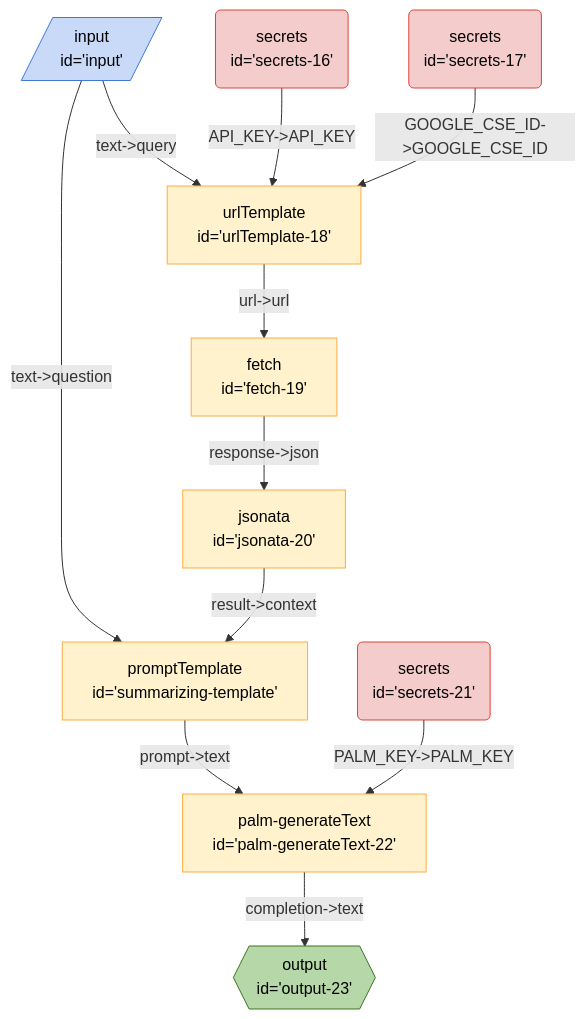
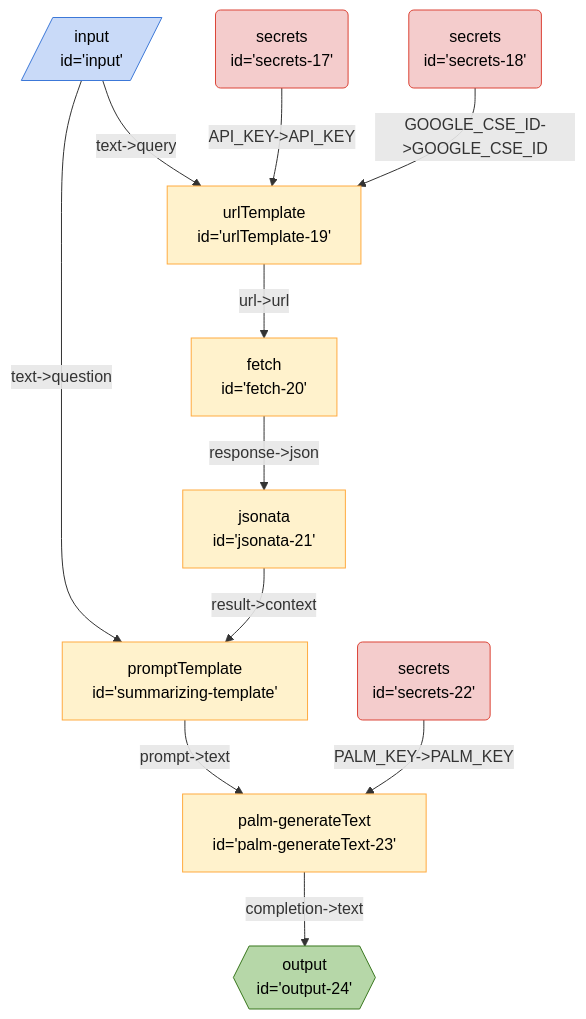
One commit to breadboard-ai/breadboard changed the diagram in seeds/breadboard-web/docs/graphs/new/search-summarize.md. Above: the diagram before and after it, drawn with Mermaid. The commit also changed 5 other files, not shown here.

````diff
--- a/seeds/breadboard-web/docs/graphs/new/search-summarize.md
+++ b/seeds/breadboard-web/docs/graphs/new/search-summarize.md
@@ -3,22 +3,22 @@
 ```mermaid
 %%{init: 'themeVariables': { 'fontFamily': 'Fira Code, monospace' }}%%
 graph TD;
-palmgenerateText22["palm-generateText <br> id='palm-generateText-22'"] -- "completion->text" --> output23{{"output <br> id='output-23'"}}:::output
-summarizingtemplate["promptTemplate <br> id='summarizing-template'"] -- "prompt->text" --> palmgenerateText22["palm-generateText <br> id='palm-generateText-22'"]
-secrets21("secrets <br> id='secrets-21'"):::secrets -- "PALM_KEY->PALM_KEY" --> palmgenerateText22["palm-generateText <br> id='palm-generateText-22'"]
-input[/"input <br> id='input'"/]:::input -- "text->query" --> urlTemplate18["urlTemplate <br> id='urlTemplate-18'"]
+palmgenerateText23["palm-generateText <br> id='palm-generateText-23'"] -- "completion->text" --> output24{{"output <br> id='output-24'"}}:::output
+summarizingtemplate["promptTemplate <br> id='summarizing-template'"] -- "prompt->text" --> palmgenerateText23["palm-generateText <br> id='palm-generateText-23'"]
+secrets22("secrets <br> id='secrets-22'"):::secrets -- "PALM_KEY->PALM_KEY" --> palmgenerateText23["palm-generateText <br> id='palm-generateText-23'"]
+input[/"input <br> id='input'"/]:::input -- "text->query" --> urlTemplate19["urlTemplate <br> id='urlTemplate-19'"]
 input[/"input <br> id='input'"/]:::input -- "text->question" --> summarizingtemplate["promptTemplate <br> id='summarizing-template'"]
-jsonata20["jsonata <br> id='jsonata-20'"] -- "result->context" --> summarizingtemplate["promptTemplate <br> id='summarizing-template'"]
-urlTemplate18["urlTemplate <br> id='urlTemplate-18'"] -- "url->url" --> fetch19["fetch <br> id='fetch-19'"]
-fetch19["fetch <br> id='fetch-19'"] -- "response->json" --> jsonata20["jsonata <br> id='jsonata-20'"]
-secrets16("secrets <br> id='secrets-16'"):::secrets -- "API_KEY->API_KEY" --> urlTemplate18["urlTemplate <br> id='urlTemplate-18'"]
-secrets17("secrets <br> id='secrets-17'"):::secrets -- "GOOGLE_CSE_ID->GOOGLE_CSE_ID" --> urlTemplate18["urlTemplate <br> id='urlTemplate-18'"]
+jsonata21["jsonata <br> id='jsonata-21'"] -- "result->context" --> summarizingtemplate["promptTemplate <br> id='summarizing-template'"]
+urlTemplate19["urlTemplate <br> id='urlTemplate-19'"] -- "url->url" --> fetch20["fetch <br> id='fetch-20'"]
+fetch20["fetch <br> id='fetch-20'"] -- "response->json" --> jsonata21["jsonata <br> id='jsonata-21'"]
+secrets17("secrets <br> id='secrets-17'"):::secrets -- "API_KEY->API_KEY" --> urlTemplate19["urlTemplate <br> id='urlTemplate-19'"]
+secrets18("secrets <br> id='secrets-18'"):::secrets -- "GOOGLE_CSE_ID->GOOGLE_CSE_ID" --> urlTemplate19["urlTemplate <br> id='urlTemplate-19'"]
 classDef default stroke:#ffab40,fill:#fff2ccff,color:#000
 classDef input stroke:#3c78d8,fill:#c9daf8ff,color:#000
 classDef output stroke:#38761d,fill:#b6d7a8ff,color:#000
 classDef passthrough stroke:#a64d79,fill:#ead1dcff,color:#000
 classDef slot stroke:#a64d79,fill:#ead1dcff,color:#000
 classDef config stroke:#a64d79,fill:#ead1dcff,color:#000
 classDef secrets stroke:#db4437,fill:#f4cccc,color:#000
 classDef slotted stroke:#a64d79
 ```
````
